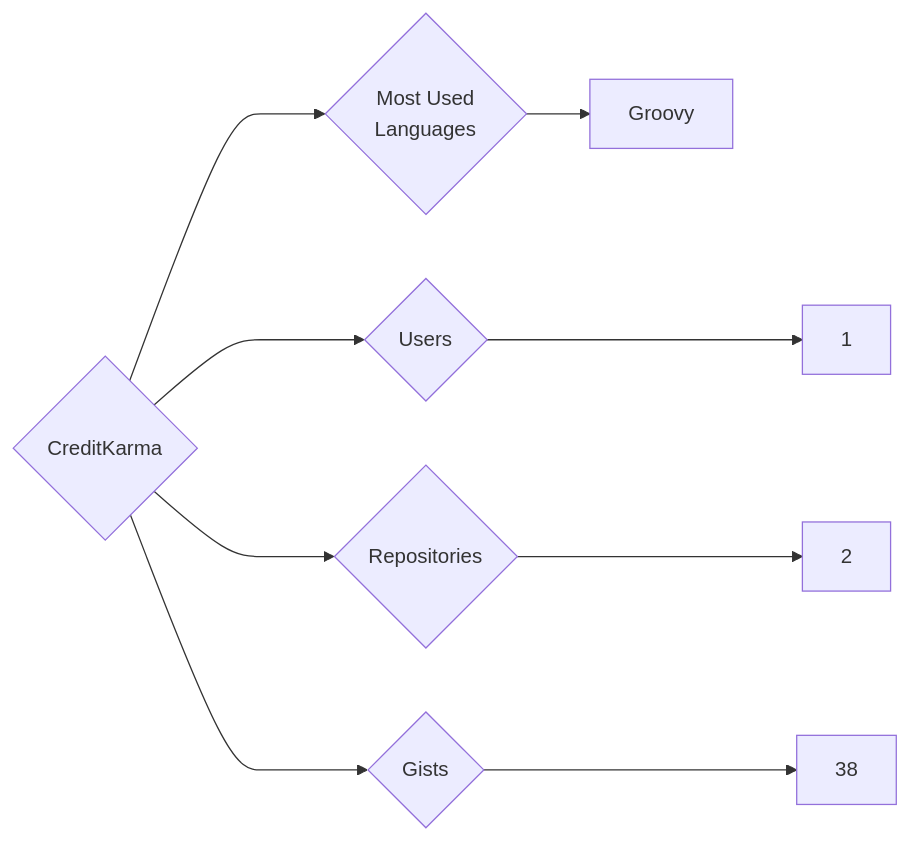
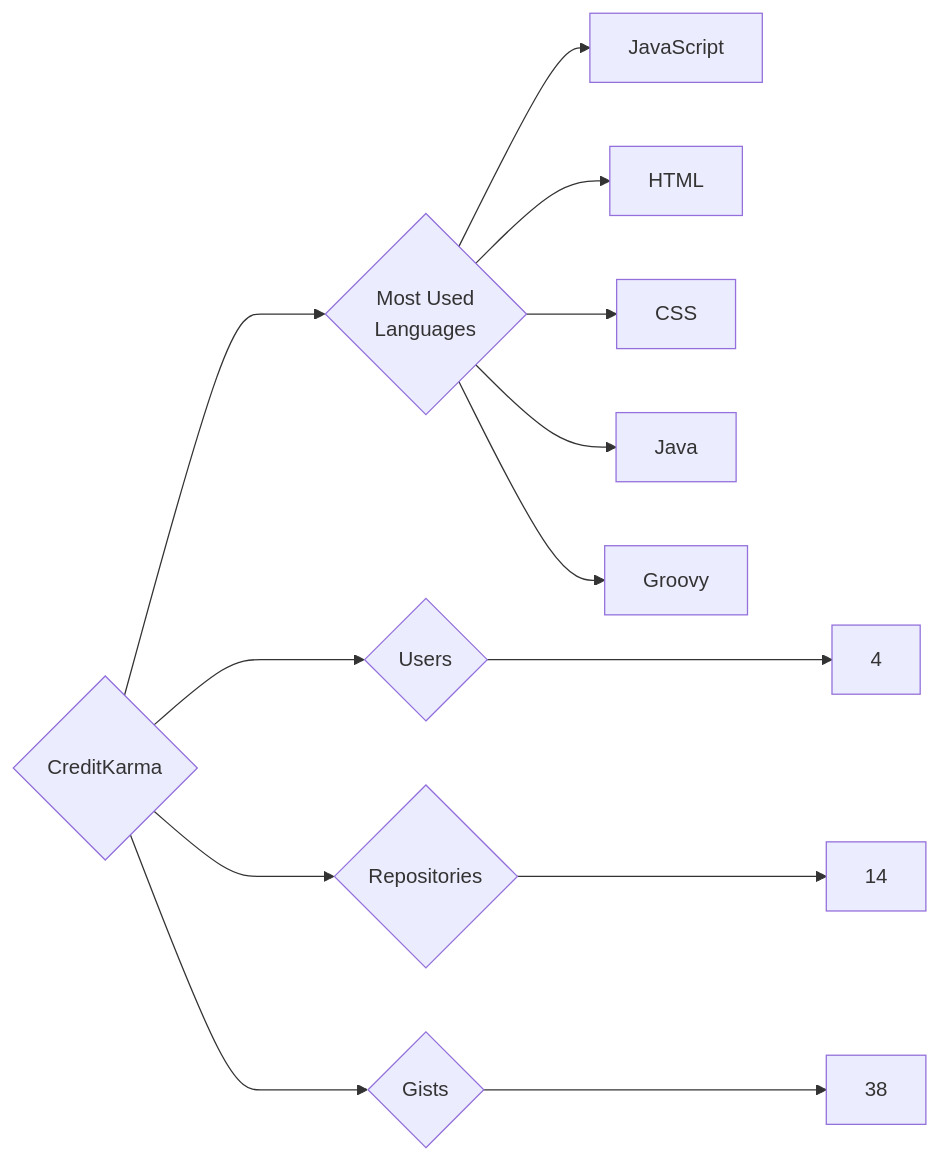
The diagram in targets/CreditKarma/README.md (trickest/insiders), drawn with Mermaid before and after one commit. The commit also changed 724 other files, not shown here.

````diff
--- a/targets/CreditKarma/README.md
+++ b/targets/CreditKarma/README.md
@@ -3,9 +3,13 @@
 ```mermaid
 graph LR
 COMPANY_NAME{CreditKarma}
-COMPANY_NAME ---> U{Users} ---> UN[1]
-COMPANY_NAME ---> R{Repositories} ---> RN[2]
+COMPANY_NAME ---> U{Users} ---> UN[4]
+COMPANY_NAME ---> R{Repositories} ---> RN[14]
 COMPANY_NAME ---> G{Gists} ---> GN[38]
 COMPANY_NAME ---> ML{Most Used<br>Languages}
+ML --> JavaScript[JavaScript]
+ML --> HTML[HTML]
+ML --> CSS[CSS]
+ML --> Java[Java]
 ML --> Groovy[Groovy]
 ```
````
